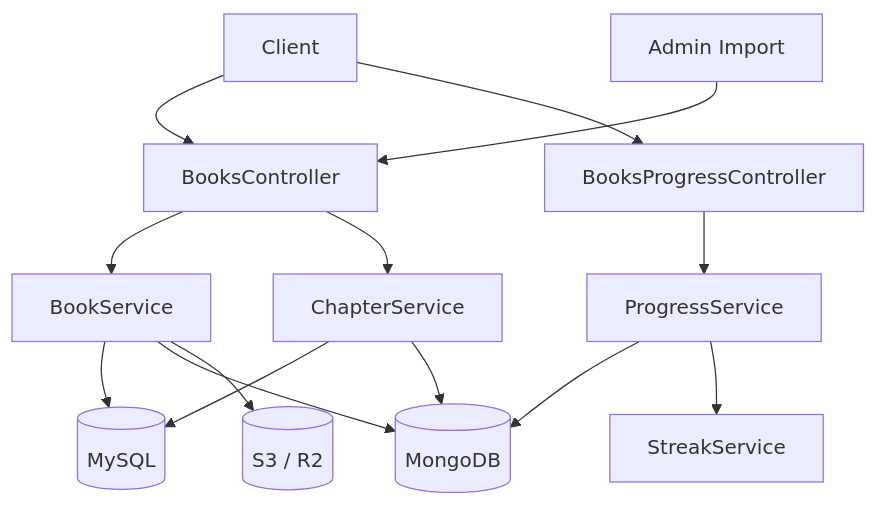
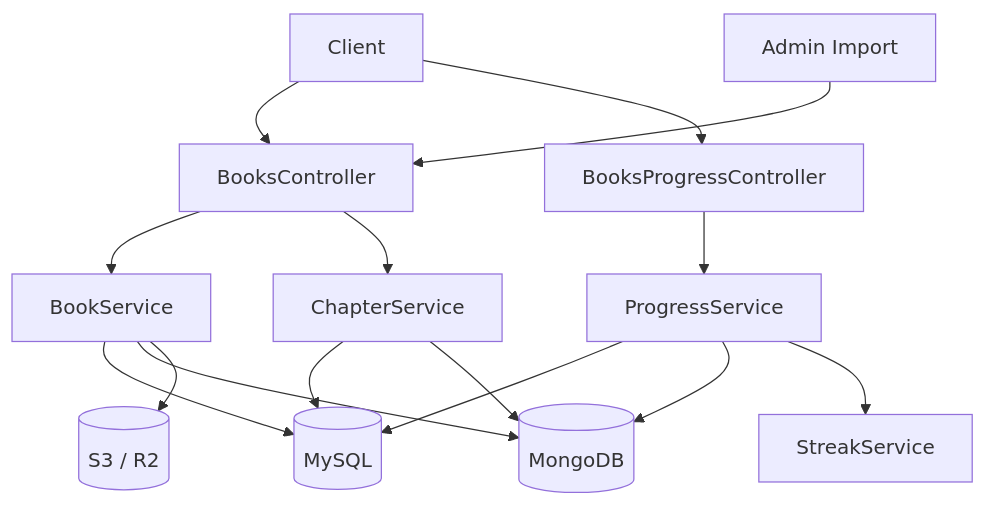
One commit to SWM16-ASAP/back-server changed the first of 3 diagrams in docs/architecture/content-book.md. Above: the diagram before and after it, drawn with Mermaid. The commit also changed other lines of this file and 33 other files, not shown here.

````diff
--- a/docs/architecture/content-book.md
+++ b/docs/architecture/content-book.md
@@ -40,31 +40,32 @@
 ```mermaid
 flowchart TD
     Client[Client]
     Admin[Admin Import]
     BooksController[BooksController]
     ProgressController[BooksProgressController]
     BookService[BookService]
     ChapterService[ChapterService]
     ProgressService[ProgressService]
     Mongo[(MongoDB)]
     MySQL[(MySQL)]
     S3[(S3 / R2)]
     Streak[StreakService]
 
     Client --> BooksController
     Client --> ProgressController
     Admin --> BooksController
 
     BooksController --> BookService
     BooksController --> ChapterService
     ProgressController --> ProgressService
 
     BookService --> MySQL
     BookService --> Mongo
     ChapterService --> MySQL
     ChapterService --> Mongo
+    ProgressService --> MySQL
     ProgressService --> Mongo
 
     BookService --> S3
     ProgressService --> Streak
 ```
````
